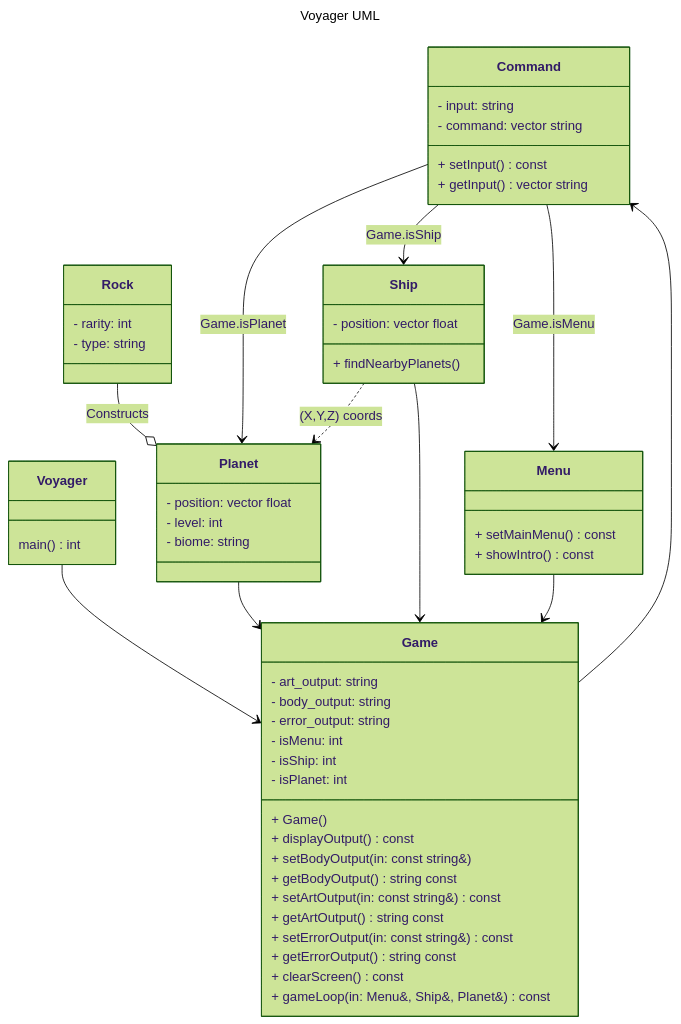
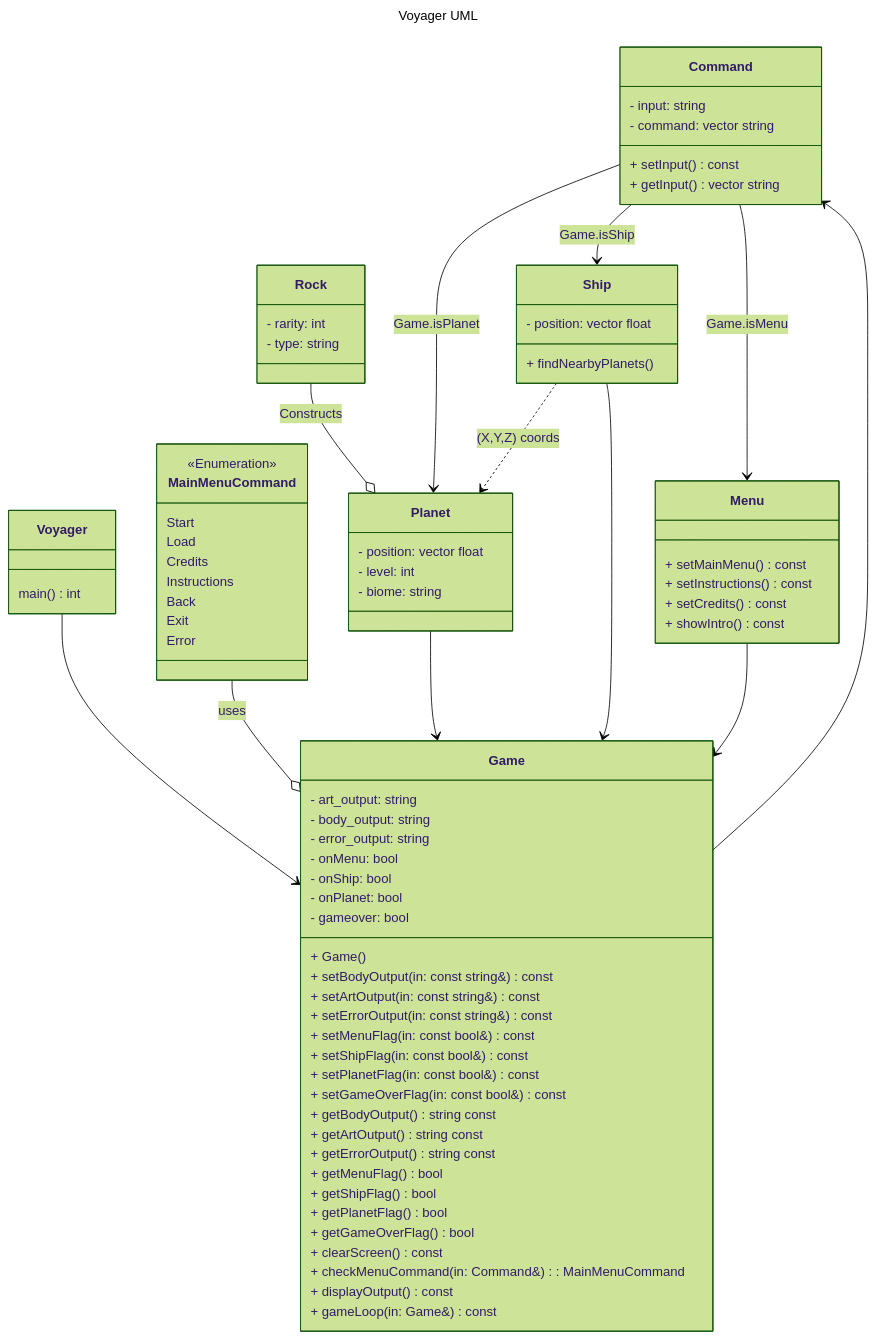
One commit to JSyv05/Voyager changed the diagram in Voyager/UML.md. Above: the diagram before and after it, drawn with Mermaid (forest theme). The commit also changed 3 other files, not shown here.

Commit message:
DREAM-65 updated UML and reorganized function definitons for readability

````diff
--- a/Voyager/UML.md
+++ b/Voyager/UML.md
@@ -6,6 +6,7 @@
 classDiagram
 	Rock --o Planet : Constructs
 	Voyager --> Game
+	MainMenuCommand--o Game : uses
 	Command --> Planet : Game.isPlanet
 	Command --> Ship : Game.isShip
 	Command --> Menu : Game.isMenu
@@ -23,19 +24,30 @@
 	    - art_output: string
 	    - body_output: string
 	    - error_output: string
-	    - isMenu: int
-	    - isShip: int
-	    - isPlanet: int
+	    - onMenu: bool
+	    - onShip: bool
+	    - onPlanet: bool
+		- gameover: bool
 	    + Game()
-	    + displayOutput() const
-	    + setBodyOutput(in: const string&)
+
+	    + setBodyOutput(in: const string&) const
+		+ setArtOutput(in: const string&) const
+		+ setErrorOutput(in: const string&) const
+		+ setMenuFlag(in: const bool&) const
+		+ setShipFlag(in: const bool&) const
+		+ setPlanetFlag(in: const bool&) const
+		+ setGameOverFlag(in: const bool&) const
 	    + getBodyOutput() string const
-	    + setArtOutput(in: const string&) const
 	    + getArtOutput() string const
-	    + setErrorOutput(in: const string&) const
 	    + getErrorOutput() string const
+		+ getMenuFlag() bool
+		+ getShipFlag() bool
+		+ getPlanetFlag() bool
+		+ getGameOverFlag() bool
 	    + clearScreen() const
-	    + gameLoop(in: Menu&, Ship&, Planet&) const
+		+ checkMenuCommand(in: Command&): MainMenuCommand
+		+ displayOutput() const
+	    + gameLoop(in: Game&) const
 	}
 	
 	class Command{
@@ -47,6 +59,8 @@
     
 	class Menu{
 		+ setMainMenu() const
+		+ setInstructions() const
+		+ setCredits() const
 		+ showIntro() const
 	}
 	
@@ -65,4 +79,14 @@
 		- rarity: int
 		- type: string
 	}
+	class MainMenuCommand{
+		<<Enumeration>>
+		Start
+		Load
+		Credits
+		Instructions
+		Back
+		Exit
+		Error
+	}
 ```
````
